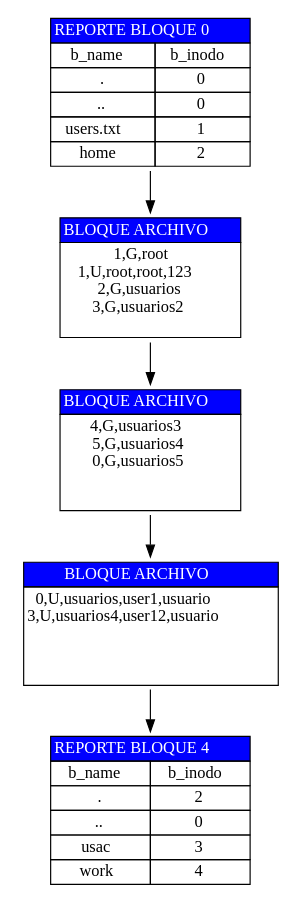
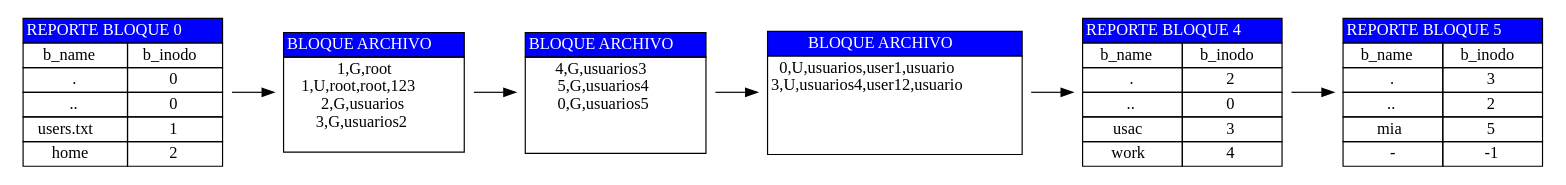
The diagram in server/src/salida/block.dot (miguel-tubac/MIA_1S2025_P1_202101927), drawn with Graphviz before and after one commit. The commit also changed 6 other files, not shown here.

```diff
--- a/server/src/salida/block.dot
+++ b/server/src/salida/block.dot
@@ -1,35 +1,45 @@
 digraph G {
+	rankdir=LR;
 	node [shape=plaintext]
 	bloque0 [label=<
-					<table border="0" cellborder="1" cellspacing="0">
-					<tr><td colspan="2" bgcolor="#0000FF"><font color="white"> REPORTE BLOQUE 0 </font></td></tr>
+							<table border="0" cellborder="1" cellspacing="0">
+							<tr><td colspan="2" bgcolor="#0000FF"><font color="white"> REPORTE BLOQUE 0 </font></td></tr>
 	<tr><td>b_name</td><td>b_inodo</td></tr>
 	<tr><td>.</td><td>0</td></tr>
 	<tr><td>..</td><td>0</td></tr>
 	<tr><td>users.txt</td><td>1</td></tr>
 	<tr><td>home</td><td>2</td></tr>	</table>>];
 bloque1 [label=<
-				<table border="0" cellborder="1" cellspacing="0">
+					<table border="0" cellborder="1" cellspacing="0">
 		<tr><td colspan="2" bgcolor="#0000FF"><font color="white"> BLOQUE ARCHIVO </font></td></tr>
 		<tr><td colspan="2"> 1,G,root<br/>1,U,root,root,123<br/>2,G,usuarios<br/>3,G,usuarios2<br/> </td></tr>	</table>>];
 bloque2 [label=<
-				<table border="0" cellborder="1" cellspacing="0">
+					<table border="0" cellborder="1" cellspacing="0">
 		<tr><td colspan="2" bgcolor="#0000FF"><font color="white"> BLOQUE ARCHIVO </font></td></tr>
 		<tr><td colspan="2"> 4,G,usuarios3<br/>5,G,usuarios4<br/>0,G,usuarios5<br/><br/> </td></tr>	</table>>];
 bloque3 [label=<
-				<table border="0" cellborder="1" cellspacing="0">
+					<table border="0" cellborder="1" cellspacing="0">
 		<tr><td colspan="2" bgcolor="#0000FF"><font color="white"> BLOQUE ARCHIVO </font></td></tr>
 		<tr><td colspan="2"> 0,U,usuarios,user1,usuario<br/>3,U,usuarios4,user12,usuario<br/><br/><br/> </td></tr>	</table>>];
 bloque4 [label=<
-					<table border="0" cellborder="1" cellspacing="0">
-					<tr><td colspan="2" bgcolor="#0000FF"><font color="white"> REPORTE BLOQUE 4 </font></td></tr>
+							<table border="0" cellborder="1" cellspacing="0">
+							<tr><td colspan="2" bgcolor="#0000FF"><font color="white"> REPORTE BLOQUE 4 </font></td></tr>
 	<tr><td>b_name</td><td>b_inodo</td></tr>
 	<tr><td>.</td><td>2</td></tr>
 	<tr><td>..</td><td>0</td></tr>
 	<tr><td>usac</td><td>3</td></tr>
 	<tr><td>work</td><td>4</td></tr>	</table>>];
+bloque5 [label=<
+							<table border="0" cellborder="1" cellspacing="0">
+							<tr><td colspan="2" bgcolor="#0000FF"><font color="white"> REPORTE BLOQUE 5 </font></td></tr>
+	<tr><td>b_name</td><td>b_inodo</td></tr>
+	<tr><td>.</td><td>3</td></tr>
+	<tr><td>..</td><td>2</td></tr>
+	<tr><td>mia</td><td>5</td></tr>
+	<tr><td>-</td><td>-1</td></tr>	</table>>];
 bloque0 -> bloque1
 bloque1 -> bloque2
 bloque2 -> bloque3
 bloque3 -> bloque4
+bloque4 -> bloque5
 }
```
